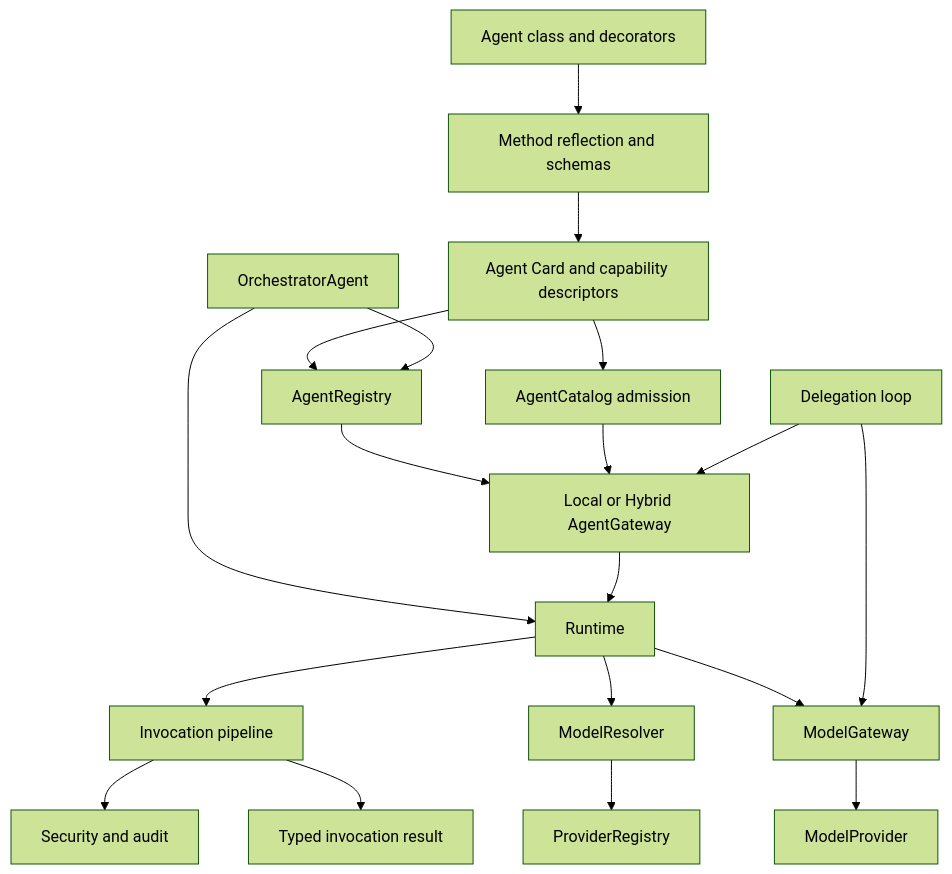
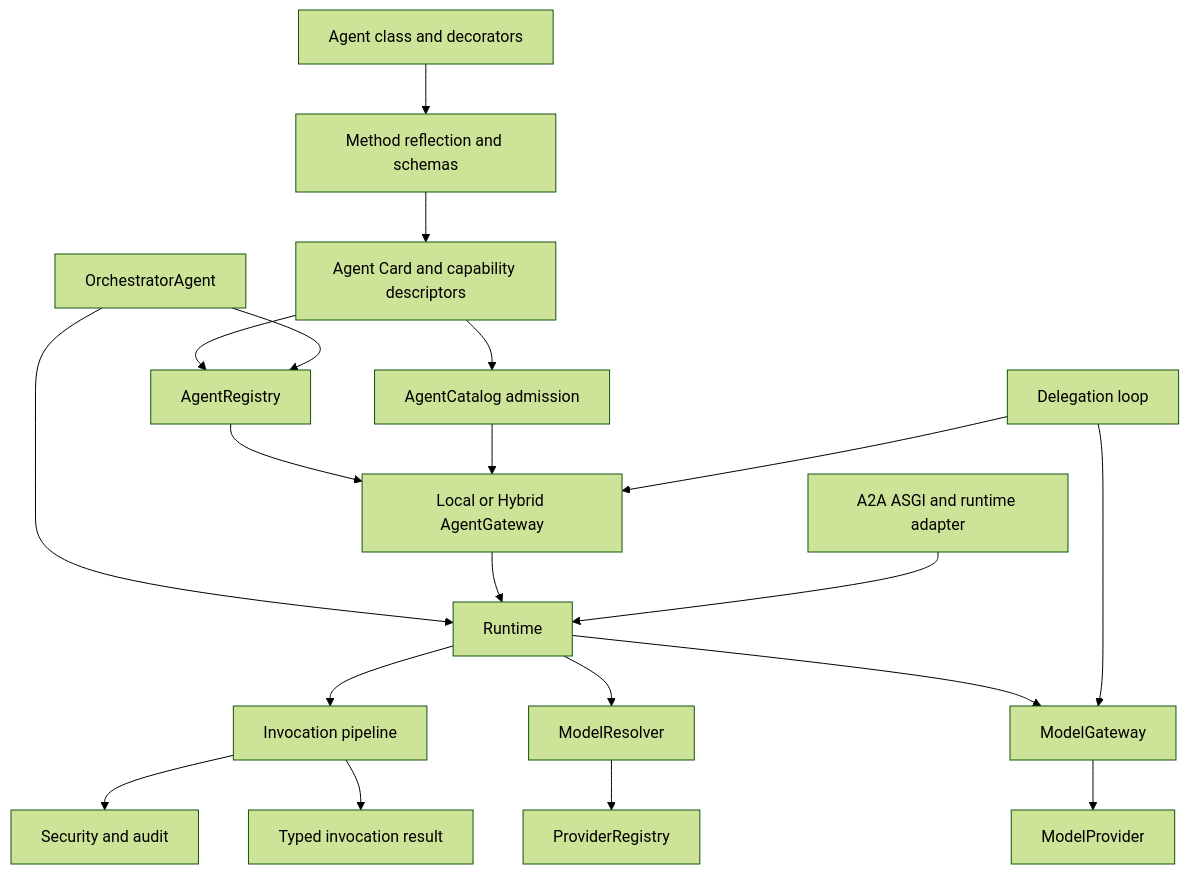
The first of 2 diagrams in docs/architecture.md (malcmiller/conducto-ai), drawn with Mermaid (forest theme) before and after one commit. The commit also changed other lines of this file and 24 other files, not shown here.

````diff
--- a/docs/architecture.md
+++ b/docs/architecture.md
@@ -9,21 +9,22 @@
 ```mermaid
 flowchart TD
     A[Agent class and decorators] --> R[Method reflection and schemas]
     R --> C[Agent Card and capability descriptors]
     C --> AR[AgentRegistry]
     C --> CAT[AgentCatalog admission]
     AR --> G[Local or Hybrid AgentGateway]
     CAT --> G
     O[OrchestratorAgent] --> AR
     O --> RT[Runtime]
     G --> RT
     RT --> I[Invocation pipeline]
+    A2A[A2A ASGI and runtime adapter] --> RT
     RT --> MR[ModelResolver]
     MR --> PR[ProviderRegistry]
     RT --> MG[ModelGateway]
     MG --> P[ModelProvider]
     D[Delegation loop] --> G
     D --> MG
     I --> S[Security and audit]
     I --> X[Typed invocation result]
 ```
````
